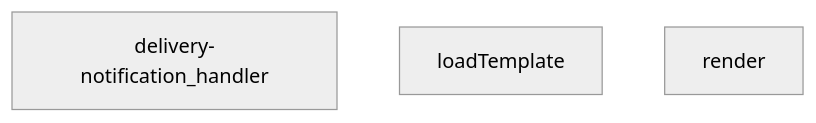
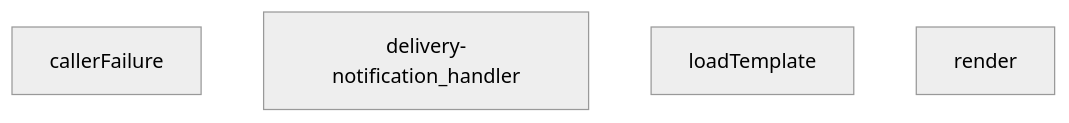
The diagram in supabase/functions/delivery-notification/index.md (peckop/venthub-hvac-esite), drawn with Mermaid (neutral theme) before and after one commit. The commit also changed other lines of this file and 34 other files, not shown here.

````diff
--- a/supabase/functions/delivery-notification/index.md
+++ b/supabase/functions/delivery-notification/index.md
@@ -101,6 +119,7 @@
 ```mermaid
 graph TD
+    index_ts__callerFailure["callerFailure"]
     index_ts__delivery-notification_handler["delivery-notification_handler"]
     index_ts__loadTemplate["loadTemplate"]
     index_ts__render["render"]
 ```
````
